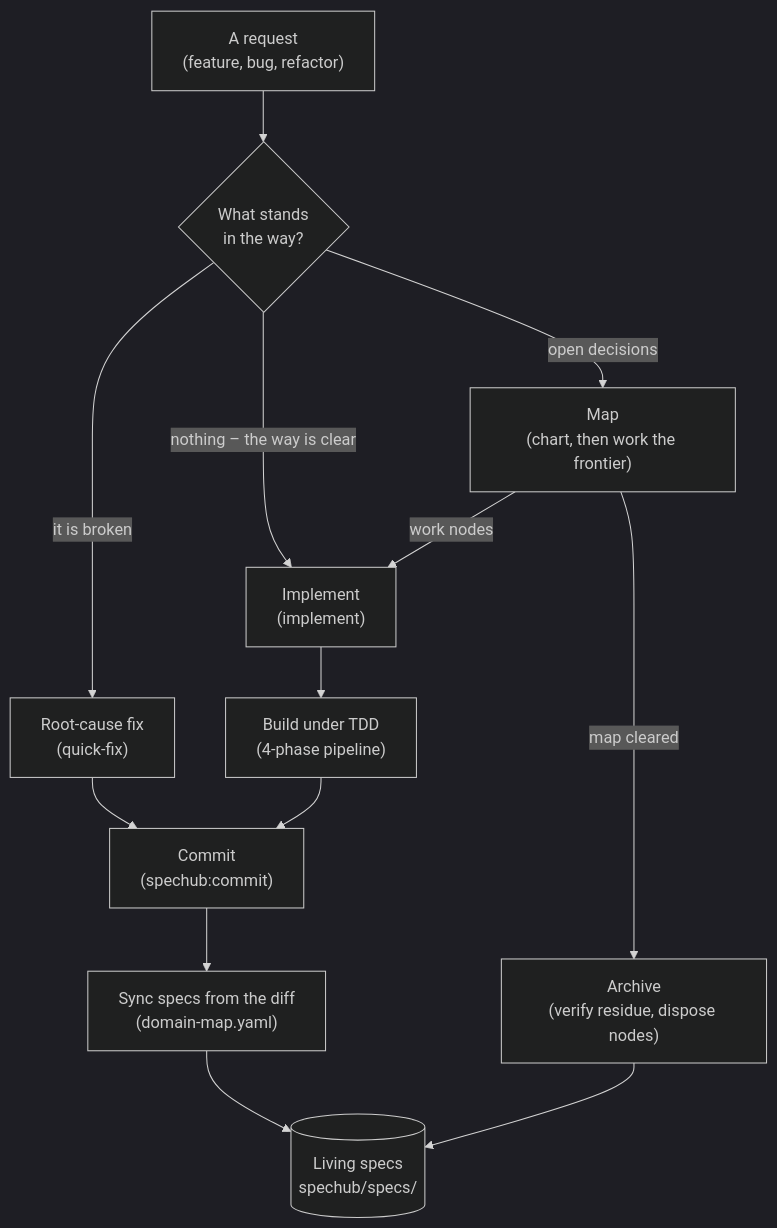
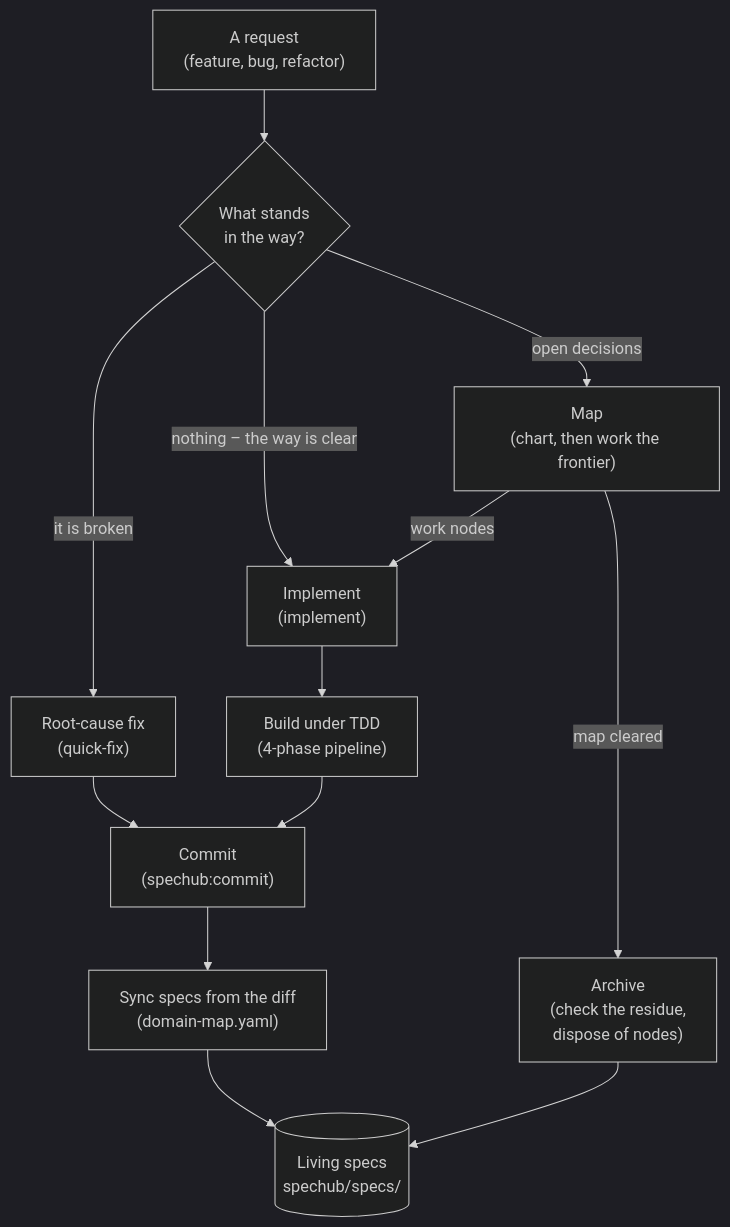
Before and after one commit to ac8318740/spechub: the first of 2 diagrams in docs/workflows.md, drawn with Mermaid (dark theme). The commit also changed other lines of this file and 21 other files, not shown here.

````diff
--- a/docs/workflows.md
+++ b/docs/workflows.md
@@ -7,15 +7,15 @@
 ```mermaid
 flowchart TD
     R["A request<br/>(feature, bug, refactor)"] --> Q{"What stands<br/>in the way?"}
     Q -->|"nothing – the way is clear"| I["Implement<br/>(implement)"]
     Q -->|"it is broken"| F["Root-cause fix<br/>(quick-fix)"]
     Q -->|"open decisions"| M["Map<br/>(chart, then work the frontier)"]
     M -->|"work nodes"| I
     I --> T["Build under TDD<br/>(4-phase pipeline)"]
     F --> C["Commit<br/>(spechub:commit)"]
     T --> C
     C --> Y["Sync specs from the diff<br/>(domain-map.yaml)"]
     Y --> L[("Living specs<br/>spechub/specs/")]
-    M -->|"map cleared"| A["Archive<br/>(verify residue, dispose nodes)"]
+    M -->|"map cleared"| A["Archive<br/>(check the residue,<br/>dispose of nodes)"]
     A --> L
 ```
````
